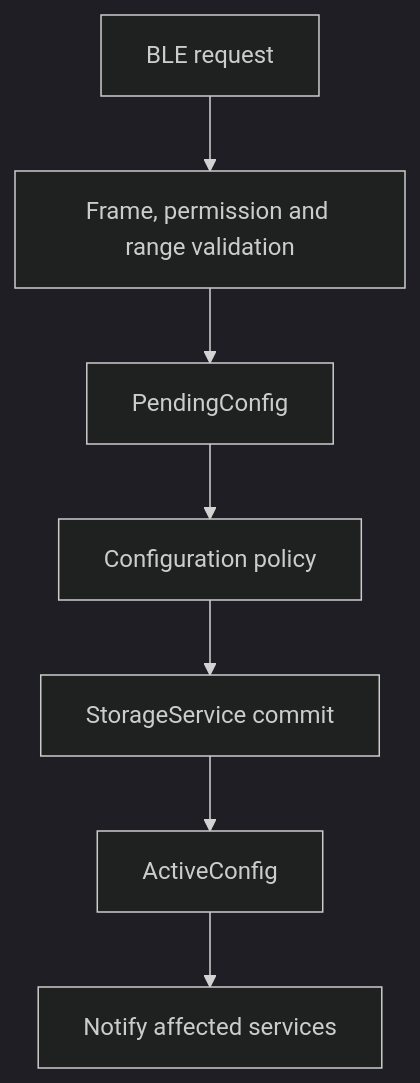
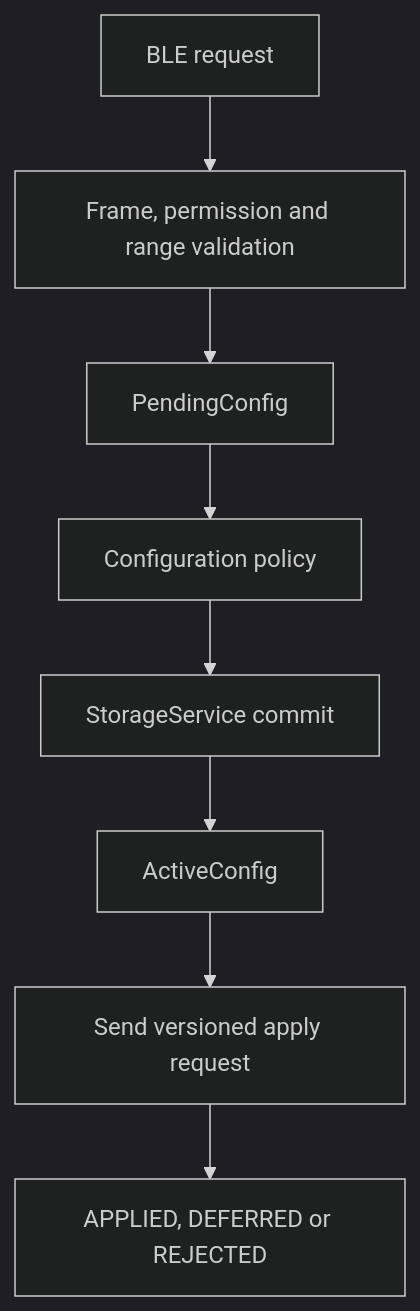
The second of 3 diagrams in 1.docs/00_overview/10_system_interfaces.md (whoisLePhuc/smart-water-flow-pressure-monitor), drawn with Mermaid (dark theme) before and after one commit. The commit also changed other lines of this file and 11 other files, not shown here.

````diff
--- a/1.docs/00_overview/10_system_interfaces.md
+++ b/1.docs/00_overview/10_system_interfaces.md
@@ -408,9 +419,10 @@
 ```mermaid
 flowchart TD
     BLE["BLE request"] --> VALIDATE["Frame, permission and range validation"]
     VALIDATE --> PENDING["PendingConfig"]
     PENDING --> POLICY["Configuration policy"]
     POLICY --> COMMIT["StorageService commit"]
     COMMIT --> ACTIVE["ActiveConfig"]
-    ACTIVE --> NOTIFY["Notify affected services"]
+    ACTIVE --> NOTIFY["Send versioned apply request"]
+    NOTIFY --> ACK["APPLIED, DEFERRED or REJECTED"]
 ```
````
